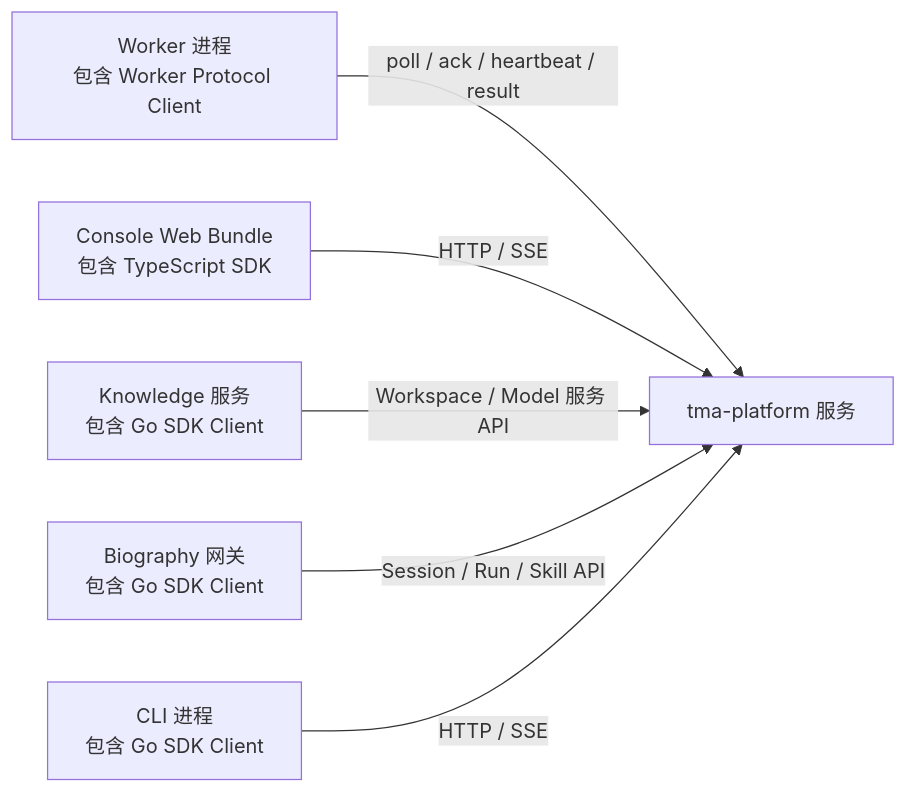
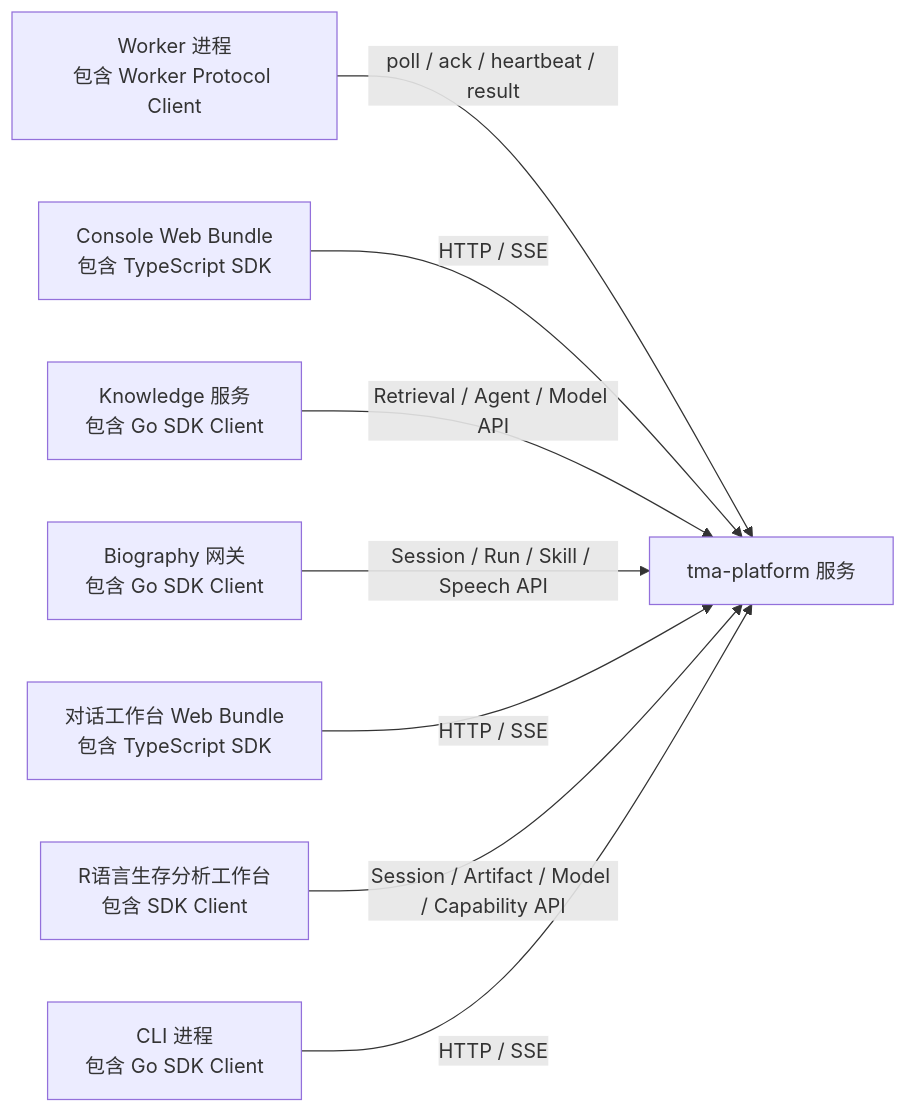
Before and after one commit to uyshero/tiggy-manage-agent: the second of 2 diagrams in docs/repository-split.md, drawn with Mermaid. The commit also changed other lines of this file and 178 other files, not shown here.

````diff
--- a/docs/repository-split.md
+++ b/docs/repository-split.md
@@ -49,15 +61,19 @@
 ```mermaid
 flowchart LR
   Platform["tma-platform 服务"]
   Worker["Worker 进程<br/>包含 Worker Protocol Client"]
   Console["Console Web Bundle<br/>包含 TypeScript SDK"]
   Knowledge["Knowledge 服务<br/>包含 Go SDK Client"]
   Biography["Biography 网关<br/>包含 Go SDK Client"]
+  ChatWorkbench["对话工作台 Web Bundle<br/>包含 TypeScript SDK"]
+  RSurvival["R语言生存分析工作台<br/>包含 SDK Client"]
   CLI["CLI 进程<br/>包含 Go SDK Client"]
 
   Worker -->|poll / ack / heartbeat / result| Platform
   Console -->|HTTP / SSE| Platform
-  Knowledge -->|Workspace / Model 服务 API| Platform
-  Biography -->|Session / Run / Skill API| Platform
+  Knowledge -->|Retrieval / Agent / Model API| Platform
+  Biography -->|Session / Run / Skill / Speech API| Platform
+  ChatWorkbench -->|HTTP / SSE| Platform
+  RSurvival -->|Session / Artifact / Model / Capability API| Platform
   CLI -->|HTTP / SSE| Platform
 ```
````
